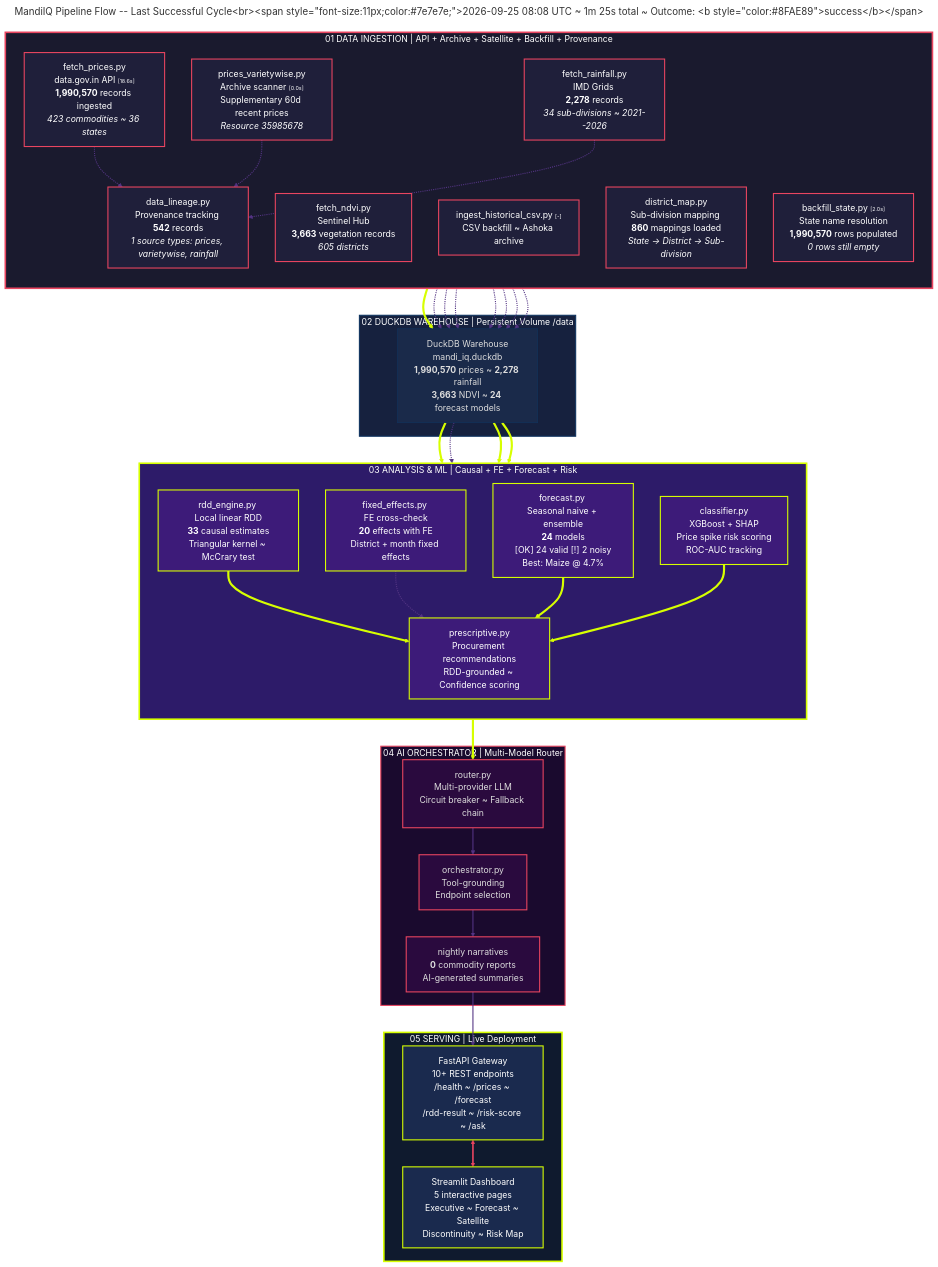
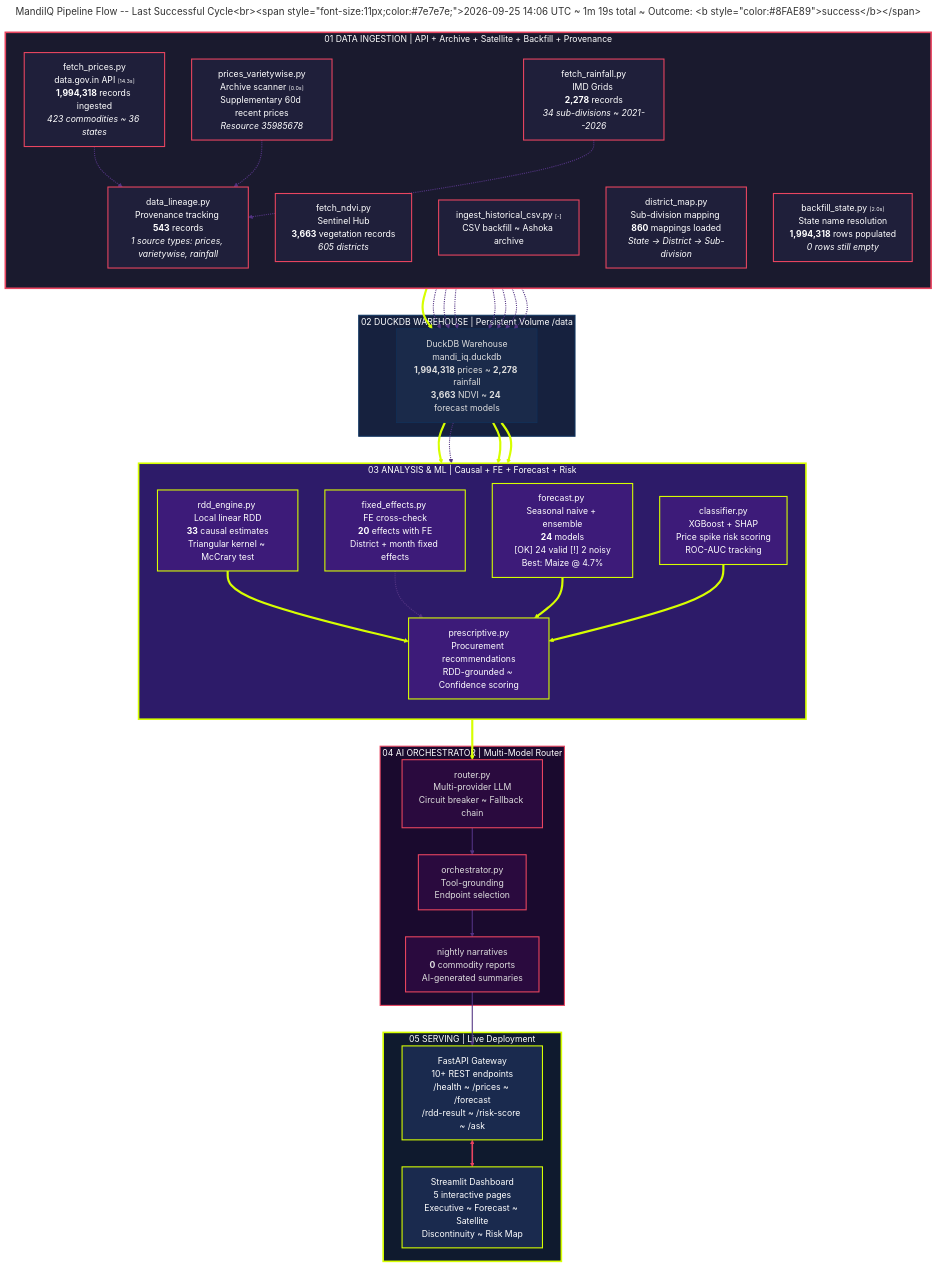
The diagram in diagrams/pipeline-flow-live.mmd (flawsom/test-mandi), drawn with Mermaid before and after one commit. The commit also changed 6 other files, not shown here.

```diff
--- a/diagrams/pipeline-flow-live.mmd
+++ b/diagrams/pipeline-flow-live.mmd
@@ -1,139 +1,139 @@
 ---
-title: "MandiIQ Pipeline Flow -- Last Successful Cycle<br/><span style='font-size:11px;color:#7e7e7e;'>2026-09-25 08:08 UTC ~ 1m 25s total ~ Outcome: <b style='color:#8FAE89'>success</b></span>"
+title: "MandiIQ Pipeline Flow -- Last Successful Cycle<br/><span style='font-size:11px;color:#7e7e7e;'>2026-09-25 14:06 UTC ~ 1m 19s total ~ Outcome: <b style='color:#8FAE89'>success</b></span>"
 ---
 %%{init: {
   "theme": "dark",
   "themeVariables": {
     "primaryColor": "#1a1a2e",
     "primaryTextColor": "#ffffff",
     "primaryBorderColor": "#d7ff00",
     "lineColor": "#d7ff00",
     "secondaryColor": "#16213e",
     "tertiaryColor": "#0f3460",
     "mainBkg": "#0d0d1a",
     "nodeBorder": "#533483",
     "clusterBkg": "#0a0a12",
     "clusterBorder": "#2a2a4a",
     "titleColor": "#d7ff00",
     "edgeLabelBackground": "#0d0d1a",
     "nodeTextColor": "#ffffff",
     "fontFamily": "\"Space Grotesk\", \"Inter\", sans-serif"
   },
   "flowchart": {
     "useMaxWidth": true,
     "htmlLabels": true,
     "curve": "basis",
     "padding": 20
   }
 }%%
 flowchart TD
     %% Stage 1: DATA INGESTION
     subgraph S1["01 DATA INGESTION  | API + Archive + Satellite + Backfill + Provenance"]
         direction TB
-        A1["fetch_prices.py<br/>data.gov.in API <span style='color:#7e7e7e;font-size:10px;'>[18.6s]</span><br/><b>1,990,570</b> records ingested<br/><i>423 commodities ~ 36 states</i>"]
+        A1["fetch_prices.py<br/>data.gov.in API <span style='color:#7e7e7e;font-size:10px;'>[14.3s]</span><br/><b>1,994,318</b> records ingested<br/><i>423 commodities ~ 36 states</i>"]
         A2["prices_varietywise.py<br/>Archive scanner <span style='color:#7e7e7e;font-size:10px;'>[0.0s]</span><br/>Supplementary 60d recent prices<br/><i>Resource 35985678</i>"]
         A3["fetch_rainfall.py<br/>IMD Grids <br/><b>2,278</b> records<br/><i>34 sub-divisions ~ 2021--2026</i>"]
         A4["fetch_ndvi.py<br/>Sentinel Hub <br/><b>3,663</b> vegetation records<br/><i>605 districts</i>"]
         A5["ingest_historical_csv.py <span style='color:#7e7e7e;font-size:10px;'>[-]</span><br/>CSV backfill ~ Ashoka archive"]
         A6["district_map.py<br/>Sub-division mapping <br/><b>860</b> mappings loaded<br/><i>State -> District -> Sub-division</i>"]
-        A7["backfill_state.py <span style='color:#7e7e7e;font-size:10px;'>[2.0s]</span><br/>State name resolution<br/><b>1,990,570</b> rows populated<br/><i>0 rows still empty</i>"]
-        A8["data_lineage.py<br/>Provenance tracking <br/><b>542</b> records<br/><i>1 source types: prices, varietywise, rainfall</i>"]
+        A7["backfill_state.py <span style='color:#7e7e7e;font-size:10px;'>[2.0s]</span><br/>State name resolution<br/><b>1,994,318</b> rows populated<br/><i>0 rows still empty</i>"]
+        A8["data_lineage.py<br/>Provenance tracking <br/><b>543</b> records<br/><i>1 source types: prices, varietywise, rainfall</i>"]
     end
 
     %% Stage 2: DUCKDB WAREHOUSE
     subgraph S2["02 DUCKDB WAREHOUSE  | Persistent Volume /data"]
-        B1["DuckDB Warehouse<br/>mandi_iq.duckdb<br/><b>1,990,570</b> prices ~ <b>2,278</b> rainfall<br/><b>3,663</b> NDVI ~ <b>24</b> forecast models"]
+        B1["DuckDB Warehouse<br/>mandi_iq.duckdb<br/><b>1,994,318</b> prices ~ <b>2,278</b> rainfall<br/><b>3,663</b> NDVI ~ <b>24</b> forecast models"]
     end
 
     %% Stage 3: ANALYSIS & ML
     subgraph S3["03 ANALYSIS & ML  | Causal + FE + Forecast + Risk"]
         direction TB
         C1["rdd_engine.py <br/>Local linear RDD<br/><b>33</b> causal estimates<br/>Triangular kernel ~ McCrary test"]
         C2["fixed_effects.py <br/>FE cross-check<br/><b>20</b> effects with FE<br/>District + month fixed effects"]
         C3["forecast.py <br/>Seasonal naive + ensemble<br/><b>24</b> models<br/><span style='color:#8FAE89'>[OK] 24 valid</span> <span style='color:#D9663B'>[!] 2 noisy</span><br/>Best: Maize @ 4.7%"]
         C4["classifier.py <br/>XGBoost + SHAP<br/>Price spike risk scoring<br/>ROC-AUC tracking"]
         C5["prescriptive.py<br/>Procurement recommendations<br/>RDD-grounded ~ Confidence scoring"]
     end
 
     %% Stage 4: AI ORCHESTRATOR
     subgraph S4["04 AI ORCHESTRATOR  | Multi-Model Router"]
         D1["router.py<br/>Multi-provider LLM<br/>Circuit breaker ~ Fallback chain"]
         D2["orchestrator.py<br/>Tool-grounding<br/>Endpoint selection"]
         D3["nightly narratives<br/><b>0</b> commodity reports<br/>AI-generated summaries"]
     end
 
     %% Stage 5: SERVING
     subgraph S5["05 SERVING  | Live Deployment"]
         E1["FastAPI Gateway<br/>10+ REST endpoints<br/>/health ~ /prices ~ /forecast<br/>/rdd-result ~ /risk-score ~ /ask"]
         E2["Streamlit Dashboard<br/>5 interactive pages<br/>Executive ~ Forecast ~ Satellite<br/>Discontinuity ~ Risk Map"]
     end
 
     %% Main flow: ingestion -> warehouse
     A1 ==> B1
     A2 -.-> B1
     A3 -.-> B1
     A4 -.-> B1
     A5 -.-> B1
     A6 -.-> B1
     A7 -.-> B1
 
     %% Main flow: ingestion -> provenance tracking
     A1 -.-> A8
     A2 -.-> A8
     A3 -.-> A8
     A8 -.-> B1
 
     %% Main flow: warehouse -> analysis
     B1 ==> C1
     B1 -.-> C2
     B1 ==> C3
     B1 ==> C4
 
     %% Main flow: analysis -> prescriptive -> AI
     C1 ==> C5
     C2 -.-> C5
     C3 ==> C5
     C4 ==> C5
 
     C5 ==> D1
     D1 ==> D2
     D2 ==> D3
     D3 ==> E1
 
     E1 <==> E2
 
     %% Edge styling: thick = primary path
     linkStyle 0,11,13,14,15,17,18,19 stroke-width:4px,stroke:#d7ff00,fill:none
     linkStyle 1,2,3,4,5,6,7,8,9,10,12,16,20,21,22 stroke-width:2px,stroke:#533483,fill:none
     linkStyle 23 stroke-width:3px,stroke:#e94560,fill:none
 
     %% Stage classes
     classDef stage1 fill:#1a1a2e,stroke:#e94560,stroke-width:3px,color:#fff
     classDef stage1Node fill:#1f1f3a,stroke:#e94560,stroke-width:2px,color:#fff
 
     classDef stage2 fill:#16213e,stroke:#0f3460,stroke-width:2px,color:#fff
     classDef stage2Node fill:#1a2a4a,stroke:#0f3460,stroke-width:1px,color:#ddd
 
     classDef stage3 fill:#2d1b69,stroke:#d7ff00,stroke-width:3px,color:#fff
     classDef stage3Node fill:#3d1b79,stroke:#d7ff00,stroke-width:2px,color:#fff
 
     classDef stage4 fill:#1a0a2e,stroke:#e94560,stroke-width:2px,color:#fff
     classDef stage4Node fill:#2a0a3e,stroke:#e94560,stroke-width:2px,color:#ddd
 
     classDef stage5 fill:#0f1a2e,stroke:#d7ff00,stroke-width:3px,color:#fff
     classDef stage5Node fill:#1a2a4e,stroke:#d7ff00,stroke-width:2px,color:#fff
 
     class S1 stage1
     class A1,A2,A3,A4,A5,A6,A7,A8 stage1Node
 
     class S2 stage2
     class B1 stage2Node
 
     class S3 stage3
     class C1,C2,C3,C4,C5 stage3Node
 
     class S4 stage4
     class D1,D2,D3 stage4Node
 
     class S5 stage5
     class E1,E2 stage5Node
```
